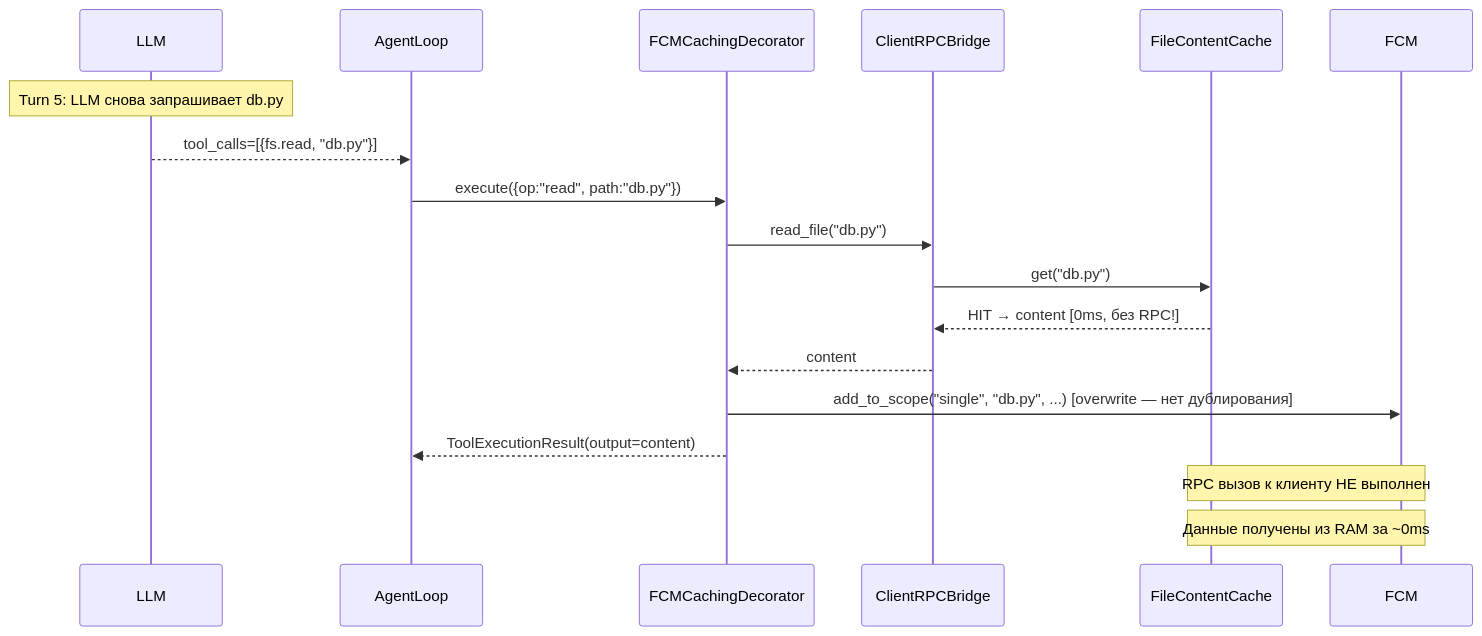
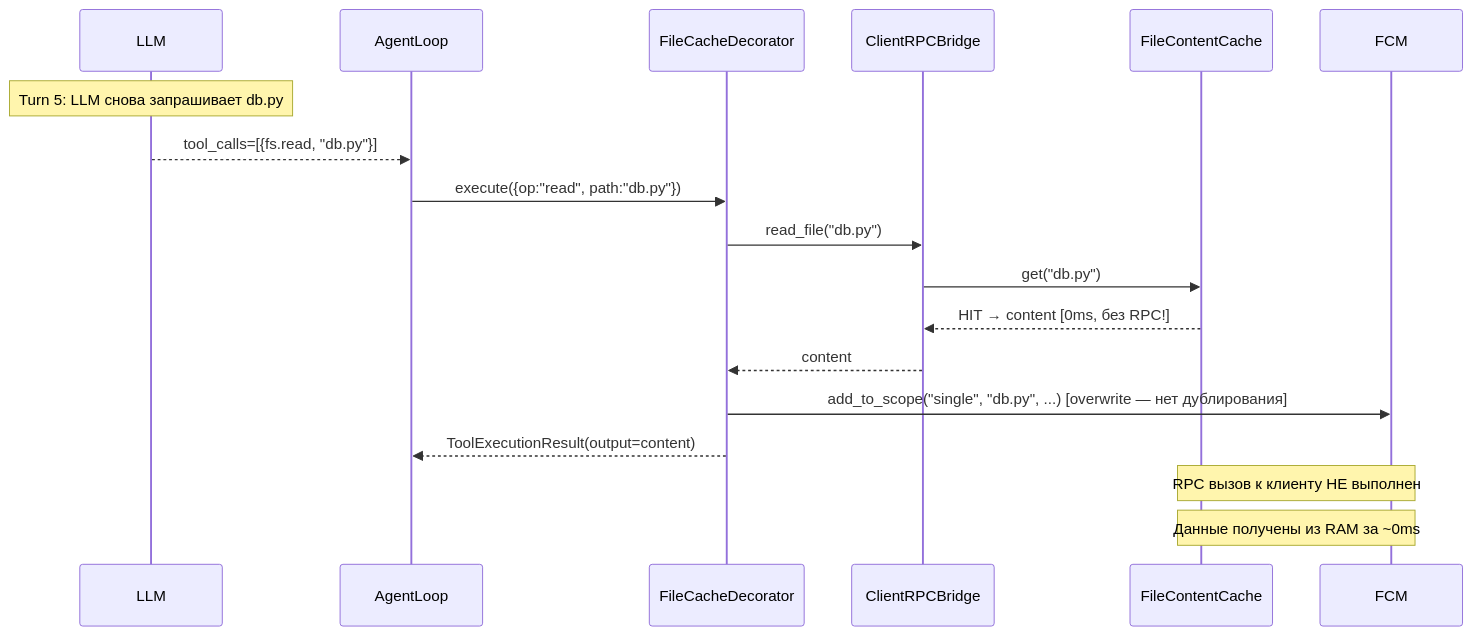
Before and after one commit to pese-git/codelab-agent: the tenth of 21 diagrams in doc/internals/architecture/fcm/AGENT_LOOP_INTEGRATION.md, drawn with Mermaid. The commit also changed other lines of this file and 6 other files, not shown here.

````diff
--- a/doc/internals/architecture/fcm/AGENT_LOOP_INTEGRATION.md
+++ b/doc/internals/architecture/fcm/AGENT_LOOP_INTEGRATION.md
@@ -660,24 +654,24 @@
 ```mermaid
 sequenceDiagram
     participant LLM
     participant AL as AgentLoop
-    participant Dec as FCMCachingDecorator
+    participant Dec as FileCacheDecorator
     participant Bridge as ClientRPCBridge
     participant Cache as FileContentCache
     participant FCM
 
     Note over LLM: Turn 5: LLM снова запрашивает db.py
     LLM-->>AL: tool_calls=[{fs.read, "db.py"}]
     AL->>Dec: execute({op:"read", path:"db.py"})
     Dec->>Bridge: read_file("db.py")
     
     Bridge->>Cache: get("db.py")
     Cache-->>Bridge: HIT → content [0ms, без RPC!]
     Bridge-->>Dec: content
     
     Dec->>FCM: add_to_scope("single", "db.py", ...) [overwrite — нет дублирования]
     Dec-->>AL: ToolExecutionResult(output=content)
     
     Note over Cache,FCM: RPC вызов к клиенту НЕ выполнен
     Note over Cache,FCM: Данные получены из RAM за ~0ms
 ```
````
